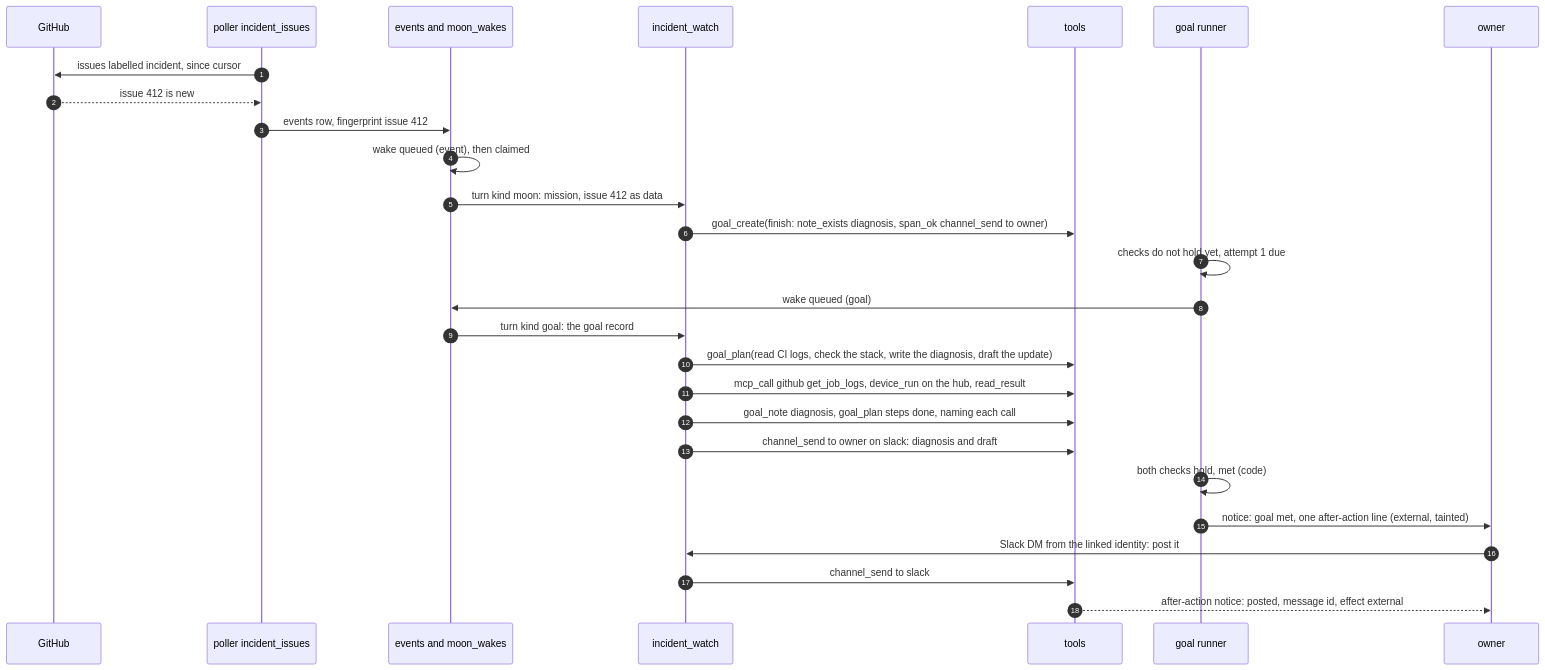
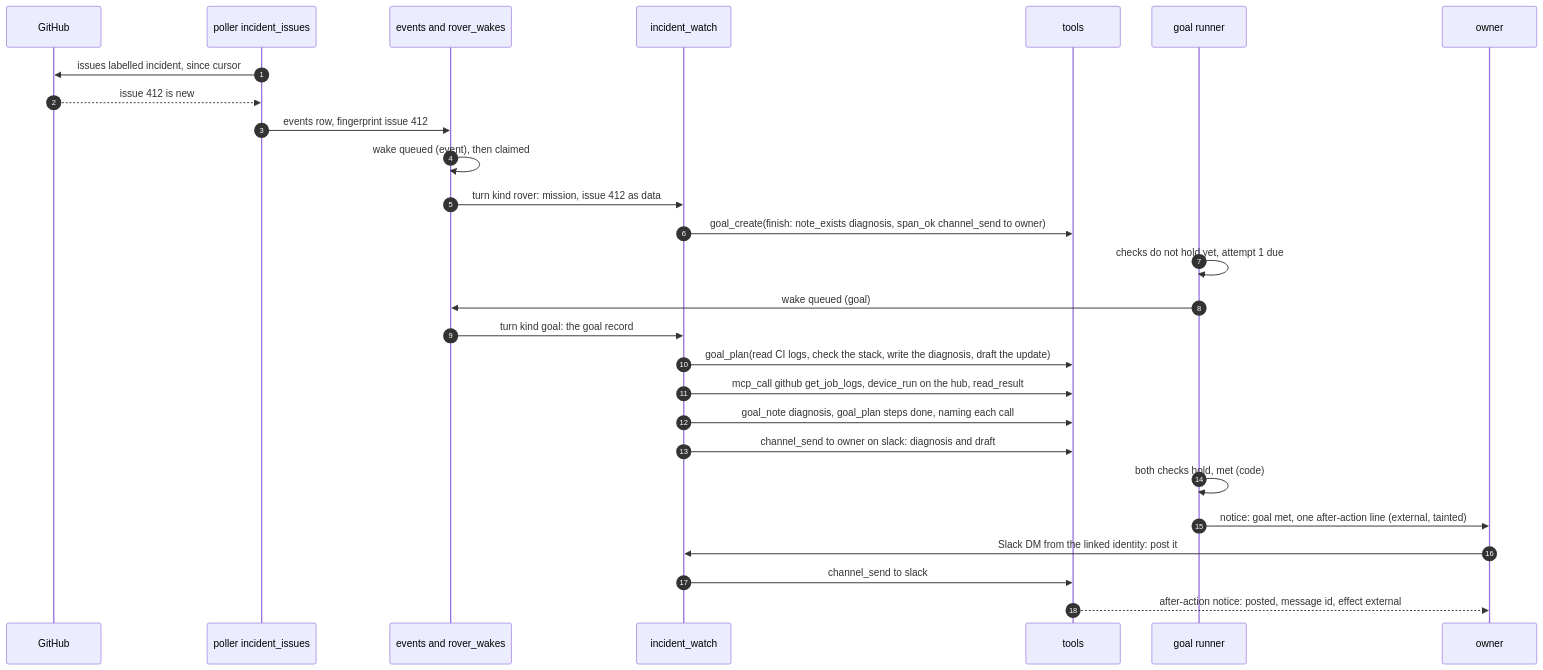
The third of 3 diagrams in docs/plans/rebuild/s53/spec.md (jeremyspofford/nova), drawn with Mermaid before and after one commit. The commit also changed other lines of this file and 1 other file, not shown here.

````diff
--- a/docs/plans/rebuild/s53/spec.md
+++ b/docs/plans/rebuild/s53/spec.md
@@ -1406,29 +1410,29 @@
 ```mermaid
 sequenceDiagram
   autonumber
   participant GH as GitHub
   participant PL as poller incident_issues
-  participant Q as events and moon_wakes
+  participant Q as events and rover_wakes
   participant D as incident_watch
   participant T as tools
   participant G as goal runner
   participant O as owner
   PL->>GH: issues labelled incident, since cursor
   GH-->>PL: issue 412 is new
   PL->>Q: events row, fingerprint issue 412
   Q->>Q: wake queued (event), then claimed
-  Q->>D: turn kind moon: mission, issue 412 as data
+  Q->>D: turn kind rover: mission, issue 412 as data
   D->>T: goal_create(finish: note_exists diagnosis, span_ok channel_send to owner)
   G->>G: checks do not hold yet, attempt 1 due
   G->>Q: wake queued (goal)
   Q->>D: turn kind goal: the goal record
   D->>T: goal_plan(read CI logs, check the stack, write the diagnosis, draft the update)
   D->>T: mcp_call github get_job_logs, device_run on the hub, read_result
   D->>T: goal_note diagnosis, goal_plan steps done, naming each call
   D->>T: channel_send to owner on slack: diagnosis and draft
   G->>G: both checks hold, met (code)
   G->>O: notice: goal met, one after-action line (external, tainted)
   O->>D: Slack DM from the linked identity: post it
   D->>T: channel_send to slack #incidents
   T-->>O: after-action notice: posted, message id, effect external
 ```
````
